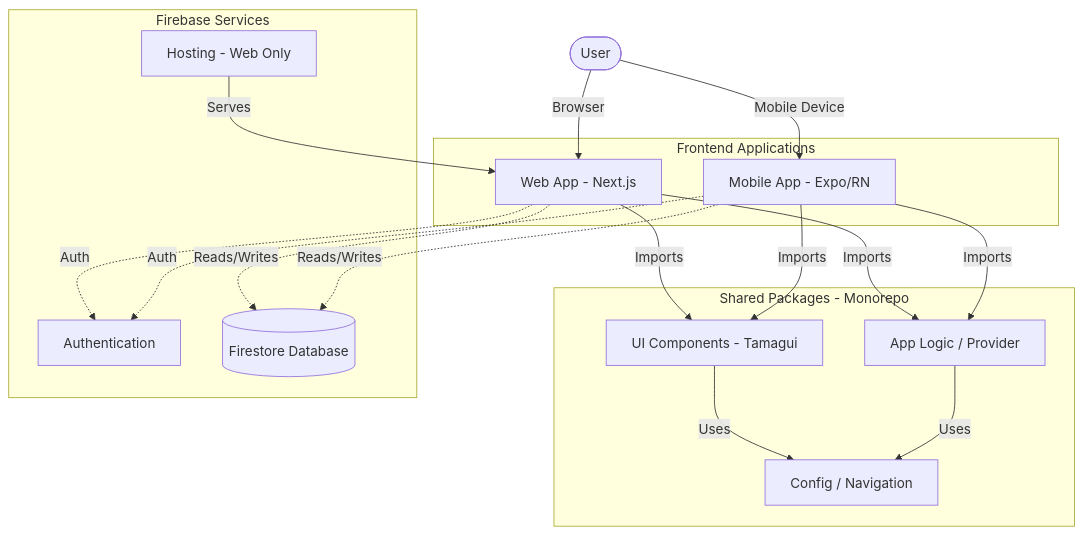
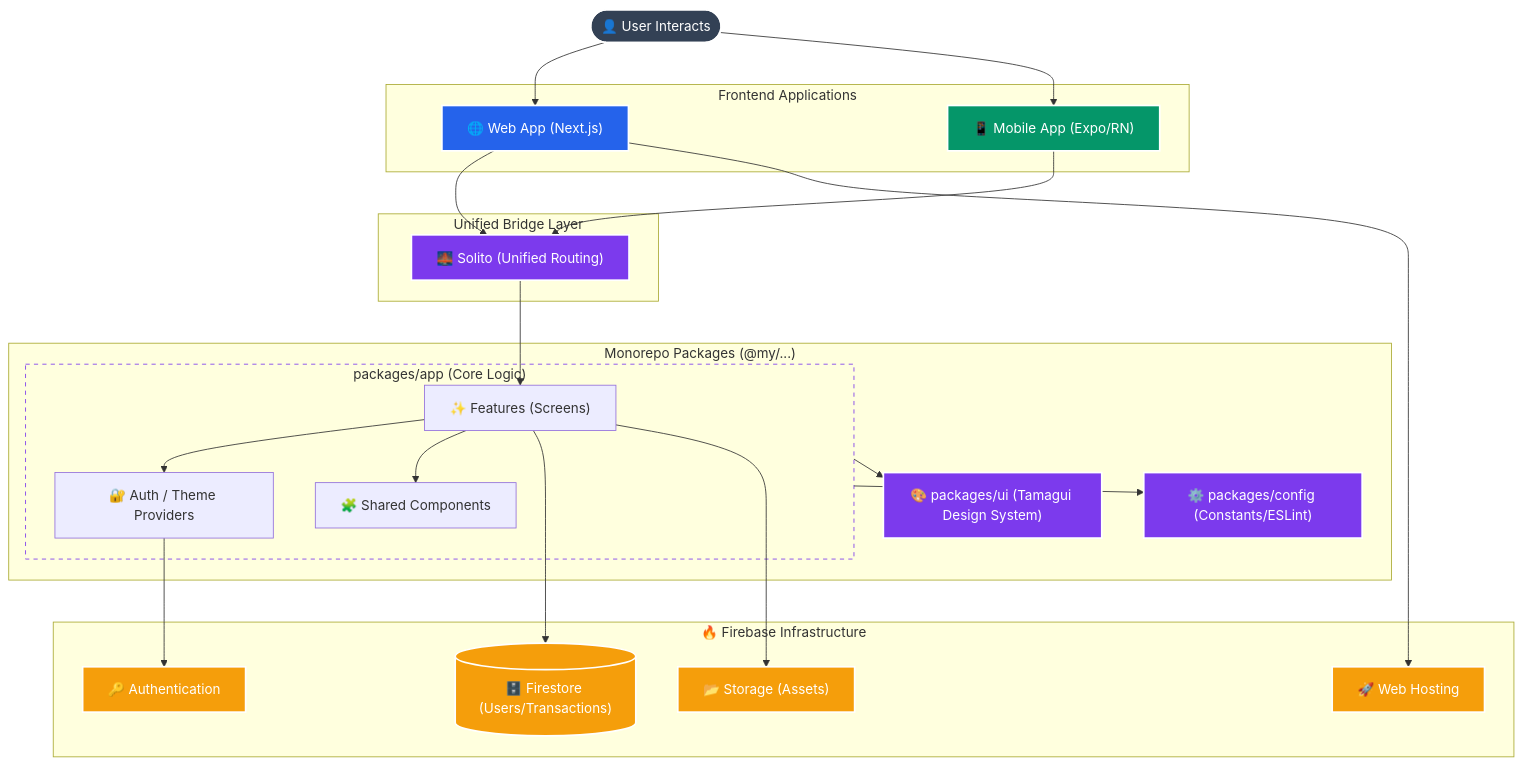
Before and after one commit to akthakur4744/expense-tracker-pro: the diagram in README.md, drawn with Mermaid.

Commit message:
docs: enrich architecture diagram with more detail and styling

````diff
--- a/README.md
+++ b/README.md
@@ -20,35 +20,59 @@
 ```mermaid
 graph TD
-    User([User])
-    subgraph Frontend ["Frontend Applications"]
-        Web["Web App - Next.js"]
-        Mobile["Mobile App - Expo/RN"]
-    end
-    subgraph Shared ["Shared Packages - Monorepo"]
-        UI["UI Components - Tamagui"]
-        Logic["App Logic / Provider"]
-        Config["Config / Navigation"]
-    end
-    subgraph Backend ["Firebase Services"]
-        Auth["Authentication"]
-        DB[("Firestore Database")]
-        Hosting["Hosting - Web Only"]
+    %% Styling
+    classDef web fill:#2563eb,stroke:#fff,stroke-width:2px,color:#fff
+    classDef mobile fill:#059669,stroke:#fff,stroke-width:2px,color:#fff
+    classDef shared fill:#7c3aed,stroke:#fff,stroke-width:2px,color:#fff
+    classDef cloud fill:#f59e0b,stroke:#fff,stroke-width:2px,color:#fff
+    classDef user fill:#334155,stroke:#fff,stroke-width:2px,color:#fff
+
+    User([👤 User Interacts]):::user
+
+    subgraph Apps ["Frontend Applications"]
+        Web["🌐 Web App (Next.js)"]:::web
+        Mobile["📱 Mobile App (Expo/RN)"]:::mobile
     end
 
-    User -->|Browser| Web
-    User -->|Mobile Device| Mobile
+    subgraph Bridges ["Unified Bridge Layer"]
+        Solito["🌉 Solito (Unified Routing)"]:::shared
+    end
 
-    Web -->|Imports| UI
-    Web -->|Imports| Logic
-    Mobile -->|Imports| UI
-    Mobile -->|Imports| Logic
+    subgraph Packages ["Monorepo Packages (@my/...)"]
+        subgraph AppPkg ["packages/app (Core Logic)"]
+            Features["✨ Features (Screens)"]
+            Providers["🔐 Auth / Theme Providers"]
+            Comp["🧩 Shared Components"]
+        end
+        UI["🎨 packages/ui (Tamagui Design System)"]:::shared
+        Config["⚙️ packages/config (Constants/ESLint)"]:::shared
+    end
 
-    UI -->|Uses| Config
-    Logic -->|Uses| Config
+    subgraph Backend ["🔥 Firebase Infrastructure"]
+        Auth["🔑 Authentication"]:::cloud
+        DB[("🗄️ Firestore (Users/Transactions)")]:::cloud
+        Hosting["🚀 Web Hosting"]:::cloud
+        Storage["📂 Storage (Assets)"]:::cloud
+    end
 
-    Web -.->|Reads/Writes| DB
-    Mobile -.->|Reads/Writes| DB
-    Web -.->|Auth| Auth
-    Mobile -.->|Auth| Auth
-    Hosting -->|Serves| Web
+    %% Flow
+    User --> Web
+    User --> Mobile
+
+    Web --> Solito
+    Mobile --> Solito
+
+    Solito --> Features
+    Features --> Providers
+    Features --> Comp
+    
+    AppPkg --> UI
+    AppPkg --> Config
+    
+    Providers --> Auth
+    Features --> DB
+    Web --> Hosting
+    Features --> Storage
+
+    %% Layout hints
+    style AppPkg fill:none,stroke:#7c3aed,stroke-dasharray: 5 5
 ```
````
